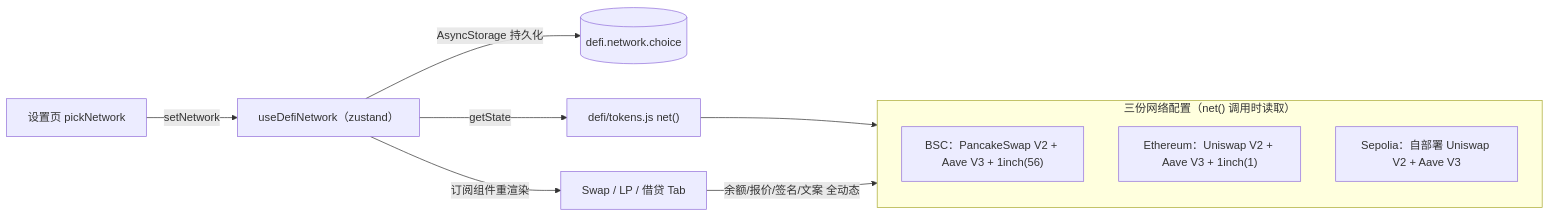
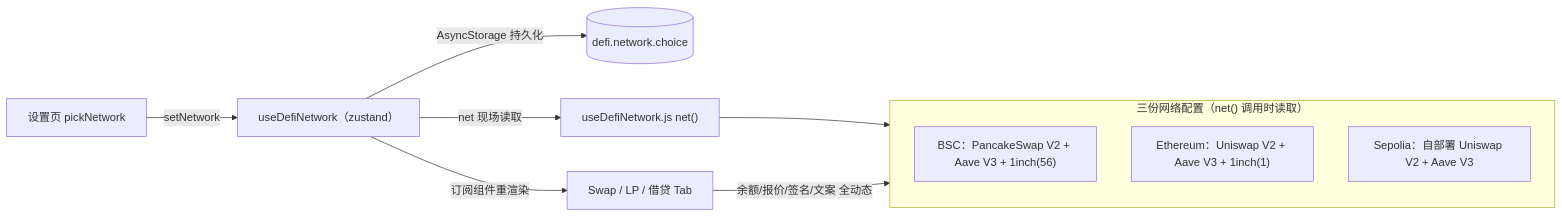
One commit to jinshenglilili-cmyk/RNDefiWallet changed the second of 4 diagrams in fronted/README.md. Above: the diagram before and after it, drawn with Mermaid. The commit also changed other lines of this file and 47 other files, not shown here.

````diff
--- a/fronted/README.md
+++ b/fronted/README.md
@@ -216,16 +219,16 @@
 ```mermaid
 flowchart LR
     SET["设置页 pickNetwork"] -->|setNetwork| ZS["useDefiNetwork（zustand）"]
     ZS -->|AsyncStorage 持久化| DISK[("defi.network.choice")]
     ZS -->|订阅组件重渲染| TABS["Swap / LP / 借贷 Tab"]
-    ZS -->|getState| TOKENS["defi/tokens.js net()"]
+    ZS -->|net 现场读取| TOKENS["useDefiNetwork.js net()"]
 
     subgraph NETS["三份网络配置（net() 调用时读取）"]
         BSC["BSC：PancakeSwap V2 + Aave V3 + 1inch(56)"]
         ETH["Ethereum：Uniswap V2 + Aave V3 + 1inch(1)"]
         SEP["Sepolia：自部署 Uniswap V2 + Aave V3"]
     end
 
     TOKENS --> NETS
     TABS -->|"余额/报价/签名/文案 全动态"| NETS
 ```
````
